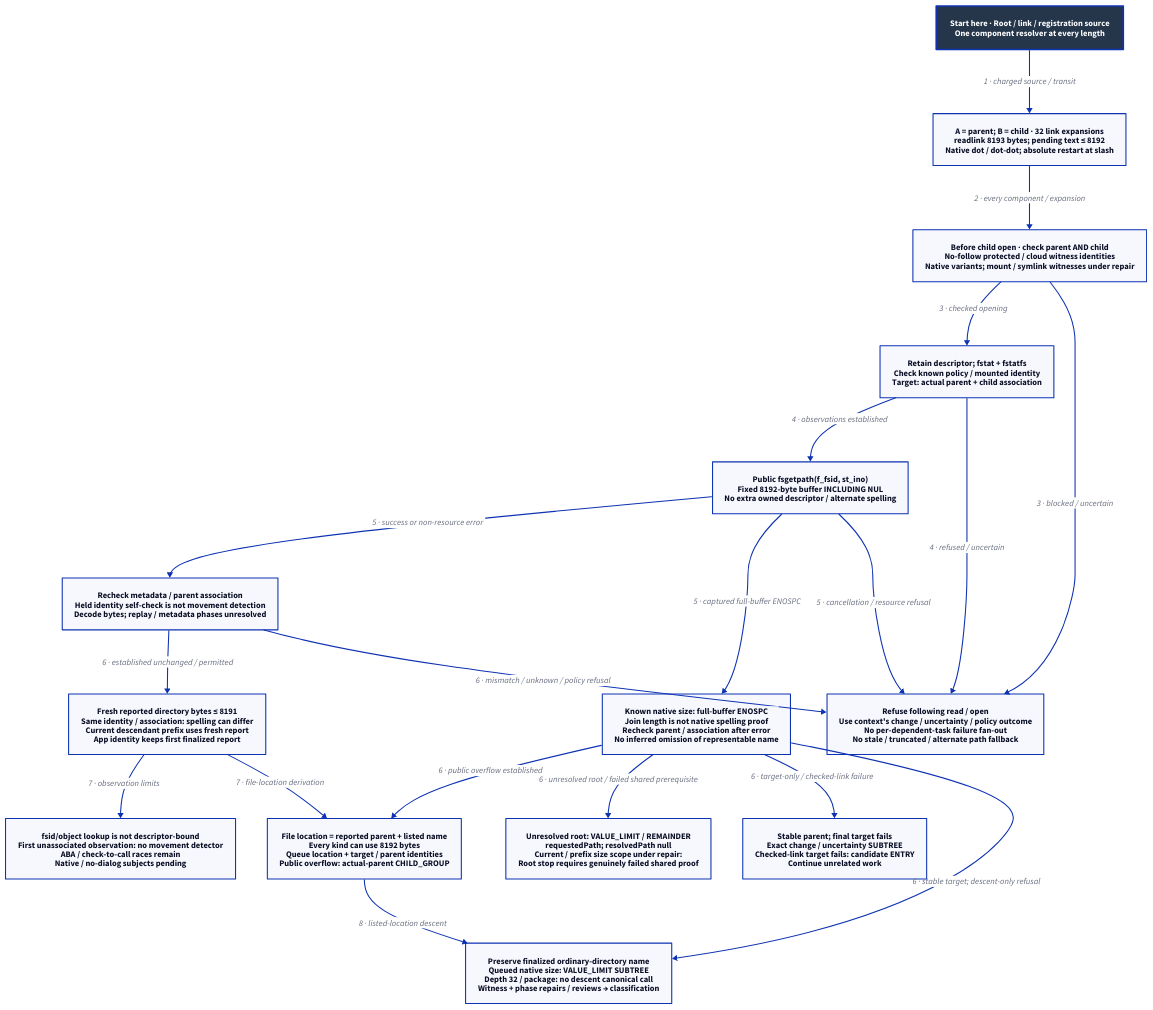
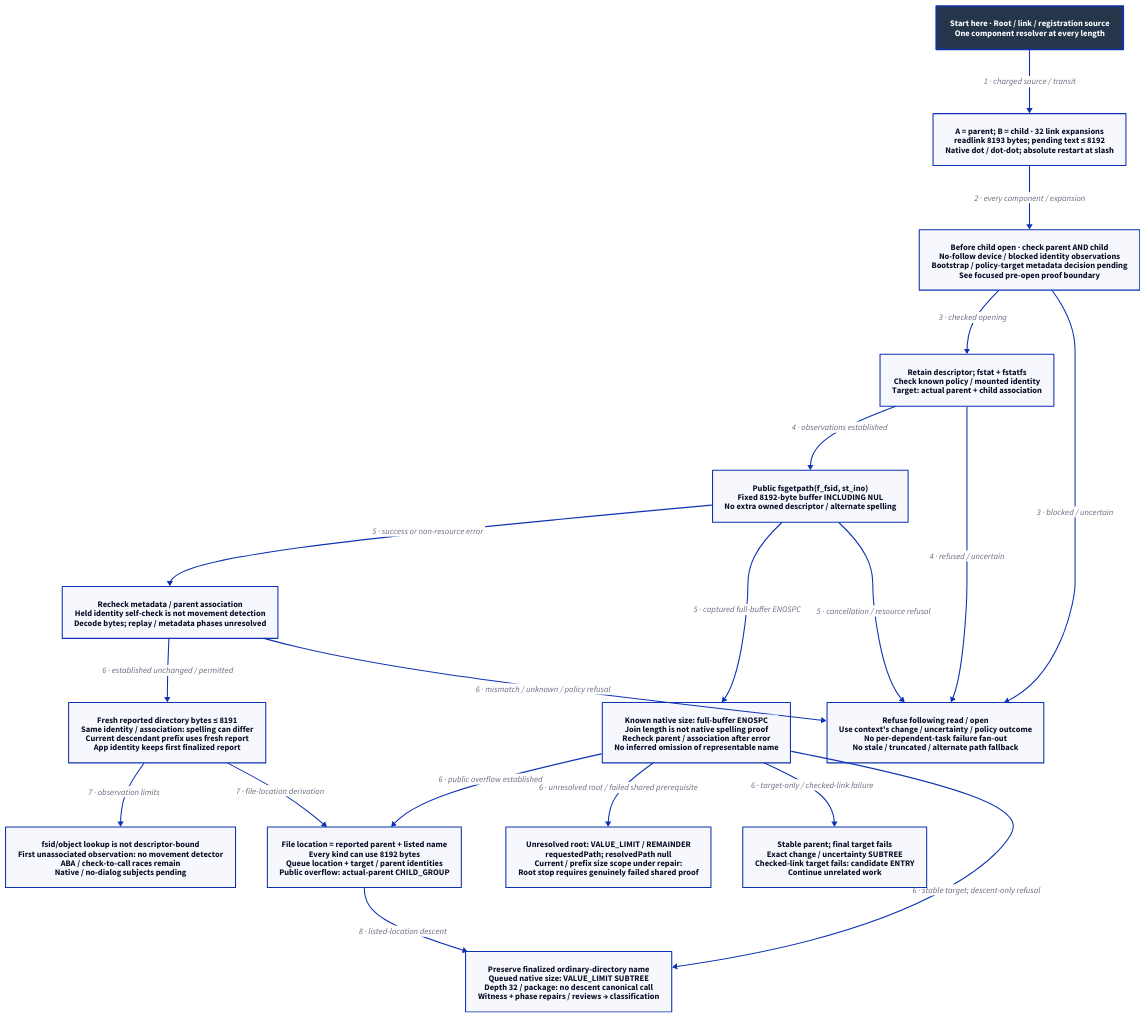
The diagram in docs/design/architecture/search-canonical.d2 (Linkuistics/Koine), drawn with D2 before and after one commit. The commit also changed 32 other files, not shown here.

Commit message:
Document pre-open proof gaps and metadata-policy choices (search-preopen-boundary-k189)

```diff
--- a/docs/design/architecture/search-canonical.d2
+++ b/docs/design/architecture/search-canonical.d2
@@ -1,37 +1,37 @@
-# Resolution constraints; witness and replay/size-phase repairs pending.
+# Resolution constraints; witness metadata decision and replay/size phases pending.
 direction: down
 classes: {
   start: {style: {fill: "#25364B"; font-color: "#FFFFFF"; bold: true; stroke-width: 3}}
 }
 Start: "Start here · Root / link / registration source\nOne component resolver at every length" {class: start}
 Resolve: "A = parent; B = child · 32 link expansions\nreadlink 8193 bytes; pending text ≤ 8192\nNative dot / dot-dot; absolute restart at slash"
-Policy: "Before child open · check parent AND child\nNo-follow protected / cloud witness identities\nNative variants; mount / symlink witnesses under repair"
+Policy: "Before child open · check parent AND child\nNo-follow device / blocked identity observations\nBootstrap / policy-target metadata decision pending\nSee focused pre-open proof boundary"
 Before: "Retain descriptor; fstat + fstatfs\nCheck known policy / mounted identity\nTarget: actual parent + child association"
 Call: "Public fsgetpath(f_fsid, st_ino)\nFixed 8192-byte buffer INCLUDING NUL\nNo extra owned descriptor / alternate spelling"
 After: "Recheck metadata / parent association\nHeld identity self-check is not movement detection\nDecode bytes; replay / metadata phases unresolved"
 Path: "Fresh reported directory bytes ≤ 8191\nSame identity / association: spelling can differ\nCurrent descendant prefix uses fresh report\nApp identity keeps first finalized report"
 Size: "Known native size: full-buffer ENOSPC\nJoin length is not native spelling proof\nRecheck parent / association after error\nNo inferred omission of representable name"
 Parent: "File location = reported parent + listed name\nEvery kind can use 8192 bytes\nQueue location + target / parent identities\nPublic overflow: actual-parent CHILD_GROUP"
 Root: "Unresolved root: VALUE_LIMIT / REMAINDER\nrequestedPath; resolvedPath null\nCurrent / prefix size scope under repair:\nRoot stop requires genuinely failed shared proof"
 Failure: "Refuse following read / open\nUse context's change / uncertainty / policy outcome\nNo per-dependent-task failure fan-out\nNo stale / truncated / alternate path fallback"
 Exact: "Stable parent; final target fails\nExact change / uncertainty SUBTREE\nChecked-link target fails: candidate ENTRY\nContinue unrelated work"
 Design: "Preserve finalized ordinary-directory name\nQueued native size: VALUE_LIMIT SUBTREE\nDepth 32 / package: no descent canonical call\nWitness + phase repairs / reviews → classification"
 Limit: "fsid/object lookup is not descriptor-bound\nFirst unassociated observation: no movement detector\nABA / check-to-call races remain\nNative / no-dialog subjects pending"
 Start -> Resolve: "1 · charged source / transit"
 Resolve -> Policy: "2 · every component / expansion"
 Policy -> Before: "3 · checked opening"
 Policy -> Failure: "3 · blocked / uncertain"
 Before -> Call: "4 · observations established"
 Before -> Failure: "4 · refused / uncertain"
 Call -> After: "5 · success or non-resource error"
 Call -> Size: "5 · captured full-buffer ENOSPC"
 Call -> Failure: "5 · cancellation / resource refusal"
 After -> Path: "6 · established unchanged / permitted"
 After -> Failure: "6 · mismatch / unknown / policy refusal"
 Size -> Parent: "6 · public overflow established"
 Size -> Root: "6 · unresolved root / failed shared prerequisite"
 Size -> Exact: "6 · target-only / checked-link failure"
 Size -> Design: "6 · stable target; descent-only refusal"
 Path -> Limit: "7 · observation limits"
 Path -> Parent: "7 · file-location derivation"
 Parent -> Design: "8 · listed-location descent"
```
